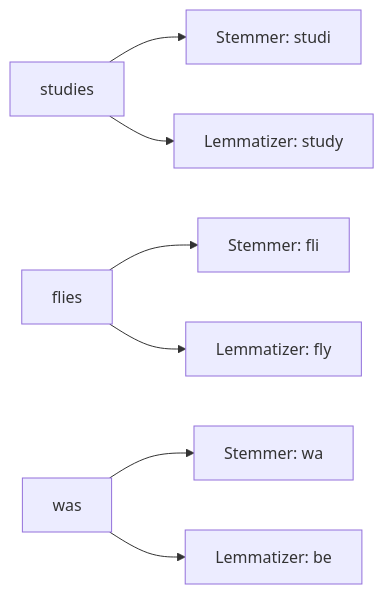
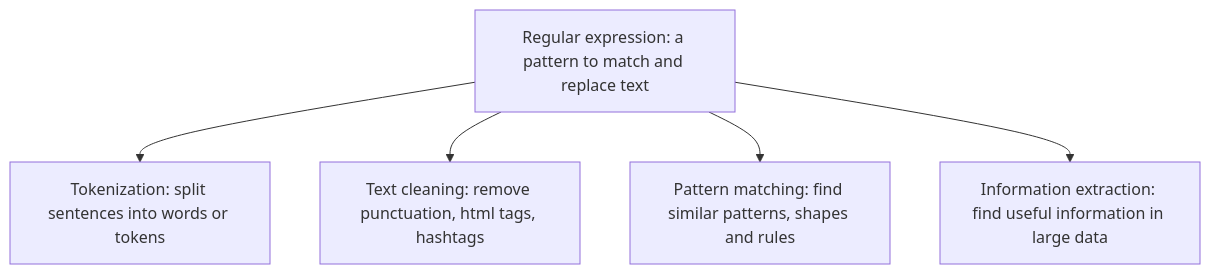
One commit to TrendySloth1001/sem-seven-notes changed the third of 3 diagrams in content/natural-language-processing/notes/text-preprocessing.mdx. Above: the diagram before and after it, drawn with Mermaid. The commit also changed other lines of this file and 406 other files, not shown here.

````diff
--- a/content/natural-language-processing/notes/text-preprocessing.mdx
+++ b/content/natural-language-processing/notes/text-preprocessing.mdx
@@ -309,10 +131,8 @@
 ```mermaid
-%% caption: Stemming and lemmatization on the same words. The stemmer only chops endings, so it gives studi and fli; the lemmatizer looks in a dictionary and returns real words, and it can also fix irregular forms like was and feet.
-flowchart LR
-  W1["studies"] --> S1["Stemmer: studi"]
-  W1 --> L1["Lemmatizer: study"]
-  W2["flies"] --> S2["Stemmer: fli"]
-  W2 --> L2["Lemmatizer: fly"]
-  W3["was"] --> S3["Stemmer: wa"]
-  W3 --> L3["Lemmatizer: be"]
+%% caption: One tool, four jobs. In every job the regular expression describes the pattern and the program finds or replaces it.
+flowchart TD
+  A["Regular expression: a pattern to match and replace text"] --> B["Tokenization: split sentences into words or tokens"]
+  A --> C["Text cleaning: remove punctuation, html tags, hashtags"]
+  A --> D["Pattern matching: find similar patterns, shapes and rules"]
+  A --> E["Information extraction: find useful information in large data"]
 ```
````
